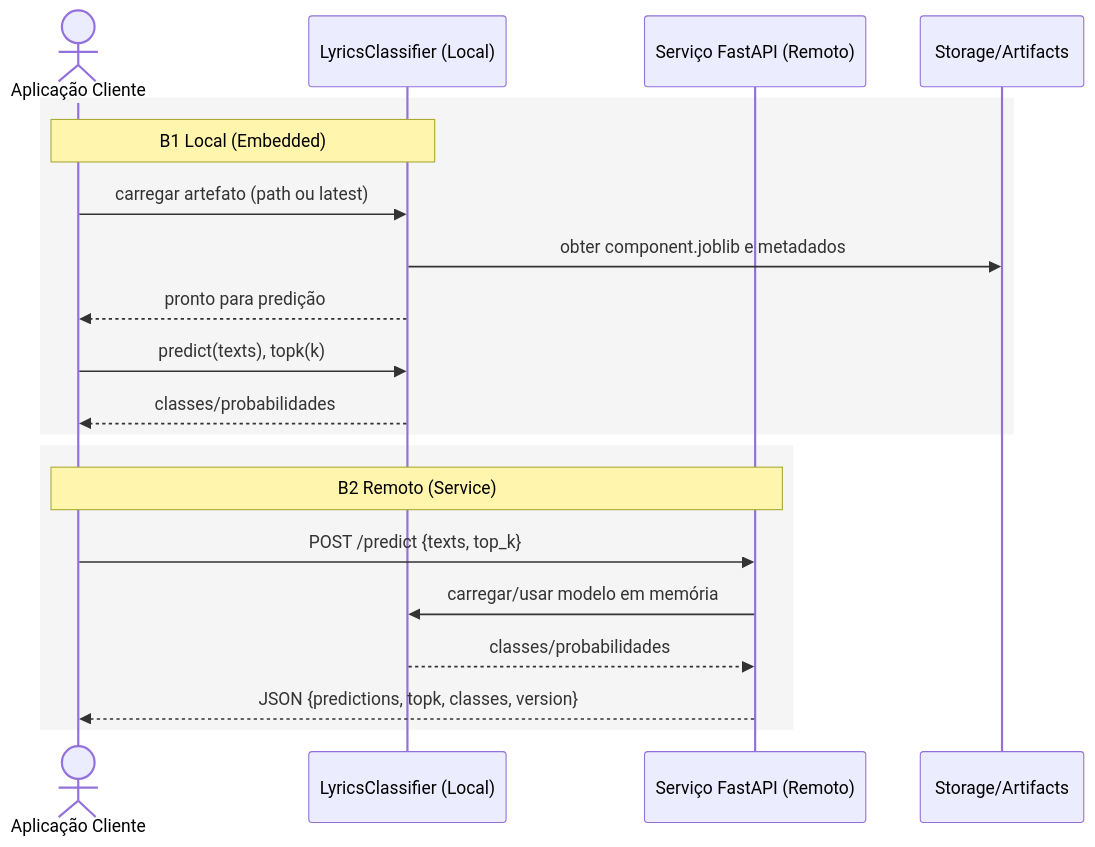
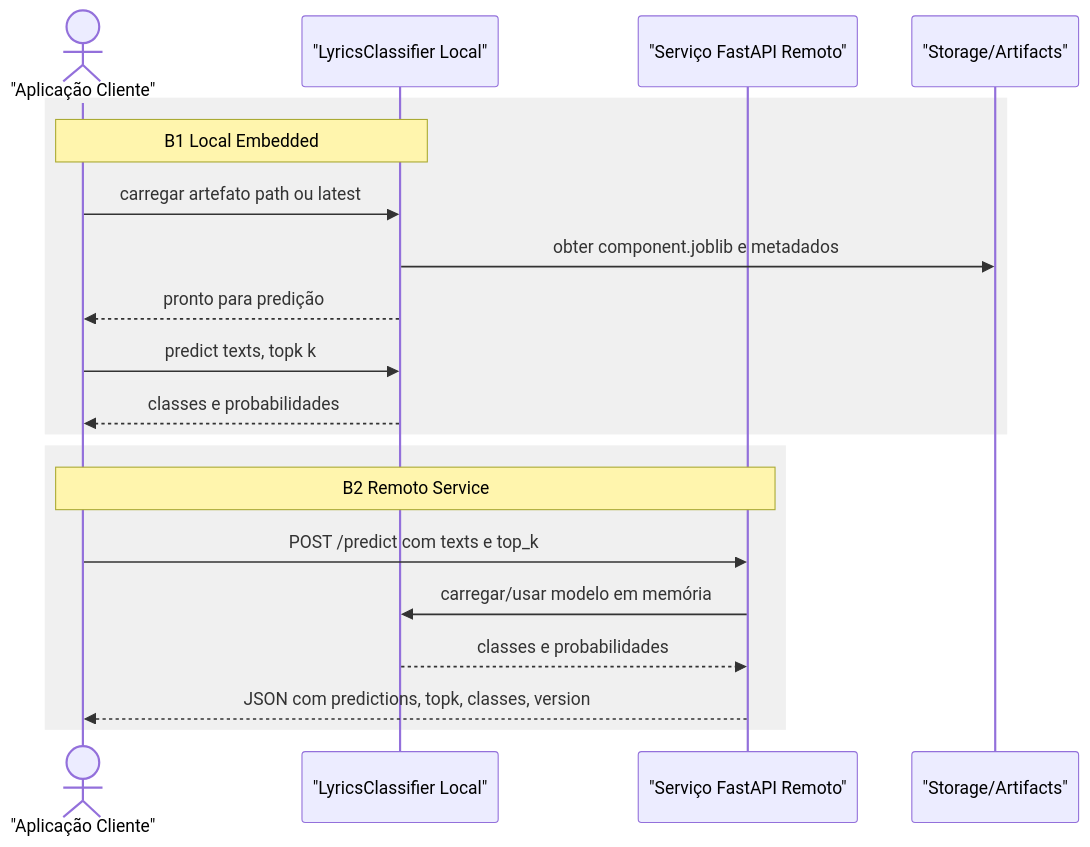
One commit to moonlitrevery/LyricsClassifier changed the second of 2 diagrams in docs/sequence_diagrams.md. Above: the diagram before and after it, drawn with Mermaid. The commit also changed other lines of this file and 13 other files, not shown here.

First line of the commit message:
feat: add engineering diagrams and update documentation

````diff
--- a/docs/sequence_diagrams.md
+++ b/docs/sequence_diagrams.md
@@ -29,24 +29,24 @@
 ```mermaid
 sequenceDiagram
-  actor APP as Aplicação Cliente
-  participant LC as LyricsClassifier (Local)
-  participant API as Serviço FastAPI (Remoto)
-  participant ST as Storage/Artifacts
+  actor APP as "Aplicação Cliente"
+  participant LC as "LyricsClassifier Local"
+  participant API as "Serviço FastAPI Remoto"
+  participant ST as "Storage/Artifacts"
 
-  rect rgb(245,245,245)
-  note over APP,LC: B1 Local (Embedded)
-  APP->>LC: carregar artefato (path ou latest)
+  rect rgb(240,240,240)
+  note over APP,LC: B1 Local Embedded
+  APP->>LC: carregar artefato path ou latest
   LC->>ST: obter component.joblib e metadados
   LC-->>APP: pronto para predição
-  APP->>LC: predict(texts), topk(k)
-  LC-->>APP: classes/probabilidades
+  APP->>LC: predict texts, topk k
+  LC-->>APP: classes e probabilidades
   end
 
-  rect rgb(245,245,245)
-  note over APP,API: B2 Remoto (Service)
-  APP->>API: POST /predict {texts, top_k}
+  rect rgb(240,240,240)
+  note over APP,API: B2 Remoto Service
+  APP->>API: POST /predict com texts e top_k
   API->>LC: carregar/usar modelo em memória
-  LC-->>API: classes/probabilidades
-  API-->>APP: JSON {predictions, topk, classes, version}
+  LC-->>API: classes e probabilidades
+  API-->>APP: JSON com predictions, topk, classes, version
   end
 ```
````
